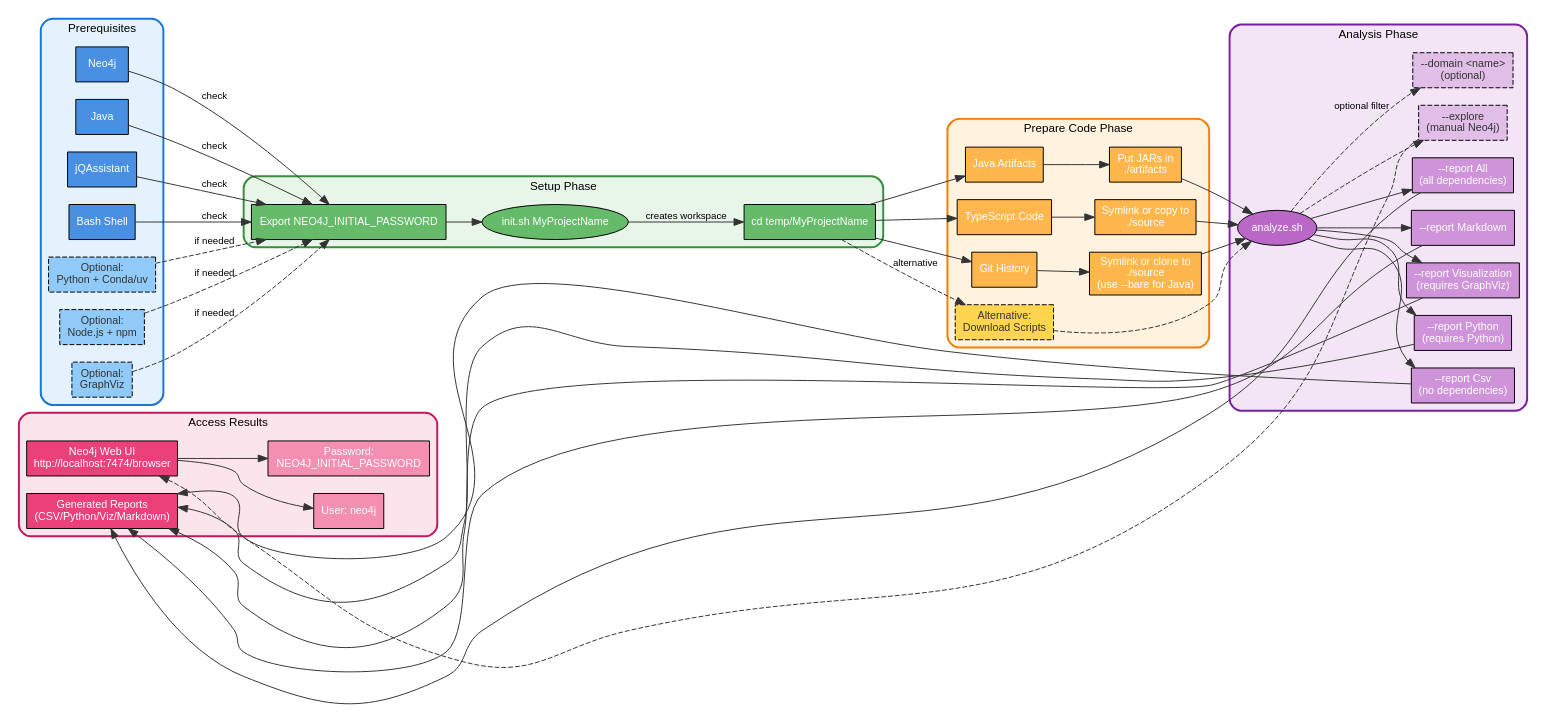
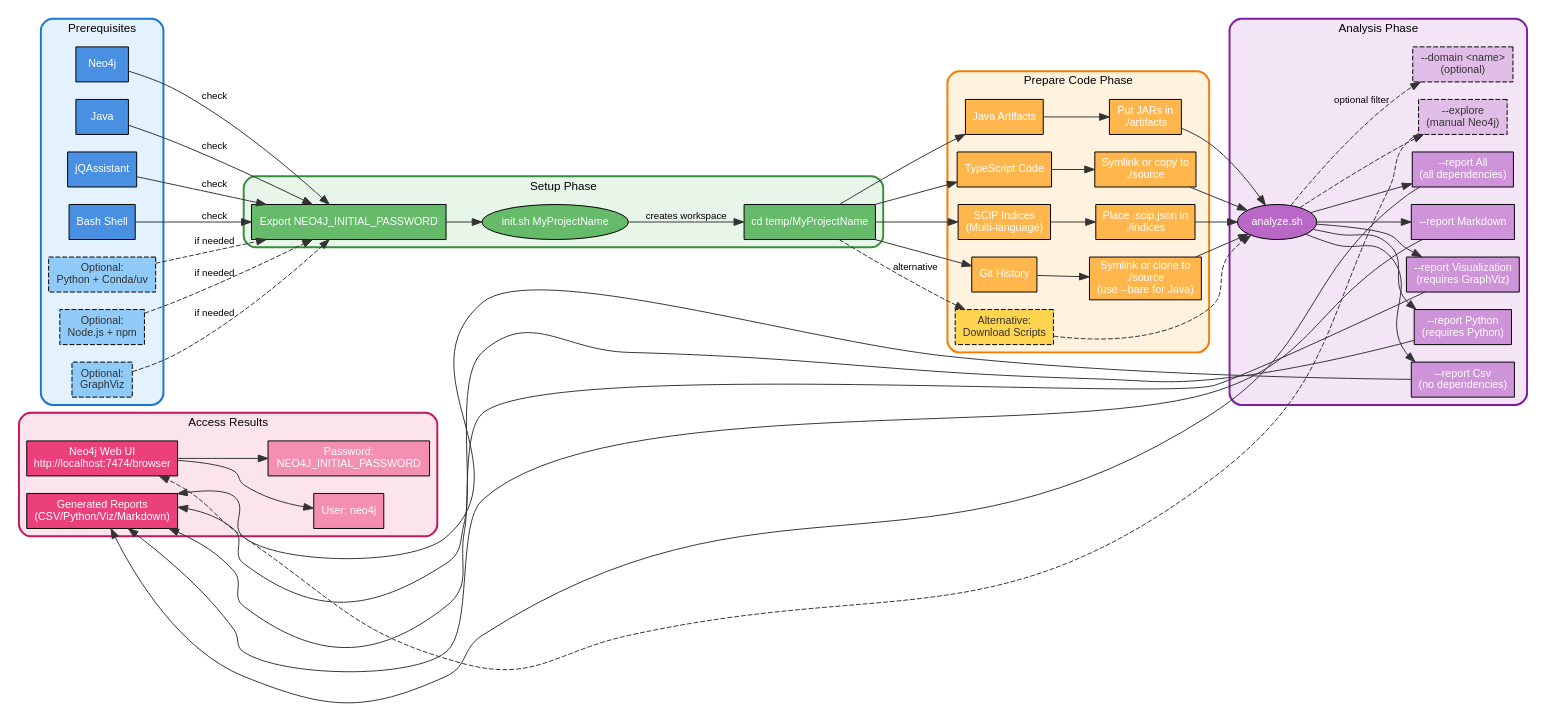
The diagram in scripts/analysis/getting_started_flow.gv (JohT/code-graph-analysis-pipeline), drawn with Graphviz before and after one commit. The commit also changed 5 other files, not shown here.

```diff
--- a/scripts/analysis/getting_started_flow.gv
+++ b/scripts/analysis/getting_started_flow.gv
@@ -1,134 +1,140 @@
 digraph GettingStartedFlow {
   // Graph settings
   rankdir=LR
   compound=true
   fontname="Arial"
   fontsize=12
   bgcolor="white"
 
   // Edge styling
   edge [color="#333333" fontname="Arial" fontsize=10]
   
   // Node defaults
   node [style=filled fontname="Arial" fontsize=11 shape=box]
 
   // ============ Prerequisites Cluster ============
   subgraph cluster_prerequisites {
     label="Prerequisites"
     fontname="Arial" fontsize=12 style="rounded,filled" fillcolor="#E3F2FD" color="#1976D2" penwidth=2
 
     neo4j [label="Neo4j" fillcolor="#4A90E2" fontcolor="white" shape=box]
     java [label="Java" fillcolor="#4A90E2" fontcolor="white" shape=box]
     jqassistant [label="jQAssistant" fillcolor="#4A90E2" fontcolor="white" shape=box]
     bash [label="Bash Shell" fillcolor="#4A90E2" fontcolor="white" shape=box]
     
     optional_python [label="Optional:\nPython + Conda/uv" fillcolor="#90CAF9" fontcolor="#333333" shape=box style="filled,dashed"]
     optional_node [label="Optional:\nNode.js + npm" fillcolor="#90CAF9" fontcolor="#333333" shape=box style="filled,dashed"]
     optional_graphviz [label="Optional:\nGraphViz" fillcolor="#90CAF9" fontcolor="#333333" shape=box style="filled,dashed"]
   }
 
   // ============ Setup Phase Cluster ============
   subgraph cluster_setup {
     label="Setup Phase"
     fontname="Arial" fontsize=12 style="rounded,filled" fillcolor="#E8F5E9" color="#388E3C" penwidth=2
 
     neo4j_password [label="Export NEO4J_INITIAL_PASSWORD" fillcolor="#66BB6A" fontcolor="white" shape=box]
     init_script [label="init.sh MyProjectName" fillcolor="#66BB6A" fontcolor="white" shape=ellipse]
     cd_analysis [label="cd temp/MyProjectName" fillcolor="#66BB6A" fontcolor="white" shape=box]
   }
 
   // ============ Prepare Code Phase Cluster ============
   subgraph cluster_prepare {
     label="Prepare Code Phase"
     fontname="Arial" fontsize=12 style="rounded,filled" fillcolor="#FFF3E0" color="#F57C00" penwidth=2
 
     prepare_java [label="Java Artifacts" fillcolor="#FFB74D" fontcolor="white" shape=box]
     artifacts_dir [label="Put JARs in\n./artifacts" fillcolor="#FFB74D" fontcolor="white" shape=box]
     
     prepare_typescript [label="TypeScript Code" fillcolor="#FFB74D" fontcolor="white" shape=box]
     ts_option [label="Symlink or copy to\n./source" fillcolor="#FFB74D" fontcolor="white" shape=box]
+    
+    prepare_scip [label="SCIP Indices\n(Multi-language)" fillcolor="#FFB74D" fontcolor="white" shape=box]
+    scip_option [label="Place .scip.json in\n./indices" fillcolor="#FFB74D" fontcolor="white" shape=box]
     
     prepare_git [label="Git History" fillcolor="#FFB74D" fontcolor="white" shape=box]
     git_option [label="Symlink or clone to\n./source\n(use --bare for Java)" fillcolor="#FFB74D" fontcolor="white" shape=box]
     
     download_alt [label="Alternative:\nDownload Scripts" fillcolor="#FFD54F" fontcolor="#333333" shape=box style="filled,dashed"]
   }
 
   // ============ Analysis Phase Cluster ============
   subgraph cluster_analysis {
     label="Analysis Phase"
     fontname="Arial" fontsize=12 style="rounded,filled" fillcolor="#F3E5F5" color="#7B1FA2" penwidth=2
 
     analyze_script [label="analyze.sh" fillcolor="#BA68C8" fontcolor="white" shape=ellipse]
     
     report_csv [label="--report Csv\n(no dependencies)" fillcolor="#CE93D8" fontcolor="white" shape=box]
     report_python [label="--report Python\n(requires Python)" fillcolor="#CE93D8" fontcolor="white" shape=box]
     report_viz [label="--report Visualization\n(requires GraphViz)" fillcolor="#CE93D8" fontcolor="white" shape=box]
     report_markdown [label="--report Markdown" fillcolor="#CE93D8" fontcolor="white" shape=box]
     report_all [label="--report All\n(all dependencies)" fillcolor="#CE93D8" fontcolor="white" shape=box]
     
     explore_only [label="--explore\n(manual Neo4j)" fillcolor="#E1BEE7" fontcolor="#333333" shape=box style="filled,dashed"]
     
     domain_filter [label="--domain <name>\n(optional)" fillcolor="#E1BEE7" fontcolor="#333333" shape=box style="filled,dashed"]
   }
 
   // ============ Output Phase Cluster ============
   subgraph cluster_output {
     label="Access Results"
     fontname="Arial" fontsize=12 style="rounded,filled" fillcolor="#FCE4EC" color="#C2185B" penwidth=2
 
     neo4j_web [label="Neo4j Web UI\nhttp://localhost:7474/browser" fillcolor="#EC407A" fontcolor="white" shape=box]
     username [label="User: neo4j" fillcolor="#F48FB1" fontcolor="white" shape=box]
     password_use [label="Password:\nNEO4J_INITIAL_PASSWORD" fillcolor="#F48FB1" fontcolor="white" shape=box]
     reports [label="Generated Reports\n(CSV/Python/Viz/Markdown)" fillcolor="#EC407A" fontcolor="white" shape=box]
   }
 
   // ============ Prerequisites to Setup ============
   neo4j -> neo4j_password [label="check"]
   java -> neo4j_password [label="check"]
   jqassistant -> neo4j_password [label="check"]
   bash -> neo4j_password [label="check"]
   optional_python -> neo4j_password [label="if needed" style=dashed]
   optional_node -> neo4j_password [label="if needed" style=dashed]
   optional_graphviz -> neo4j_password [label="if needed" style=dashed]
 
   neo4j_password -> init_script
   init_script -> cd_analysis [label="creates workspace"]
 
   // ============ Setup to Prepare ============
   cd_analysis -> prepare_java
   cd_analysis -> prepare_typescript
+  cd_analysis -> prepare_scip
   cd_analysis -> prepare_git
   cd_analysis -> download_alt [style=dashed label="alternative"]
 
   // ============ Prepare Phase ============
   prepare_java -> artifacts_dir
   prepare_typescript -> ts_option
+  prepare_scip -> scip_option
   prepare_git -> git_option
   
   artifacts_dir -> analyze_script
   ts_option -> analyze_script
+  scip_option -> analyze_script
   git_option -> analyze_script
   download_alt -> analyze_script [style=dashed]
 
   // ============ Analysis Phase ============
   analyze_script -> report_csv
   analyze_script -> report_python
   analyze_script -> report_viz
   analyze_script -> report_markdown
   analyze_script -> report_all
   analyze_script -> explore_only [style=dashed]
   
   analyze_script -> domain_filter [style=dashed label="optional filter"]
 
   // ============ Analysis to Output ============
   report_csv -> reports [constraint=false]
   report_python -> reports [constraint=false]
   report_viz -> reports [constraint=false]
   report_markdown -> reports [constraint=false]
   report_all -> reports [constraint=false]
   explore_only -> neo4j_web [constraint=false style=dashed]
   
   neo4j_web -> username
   neo4j_web -> password_use
 }
```
